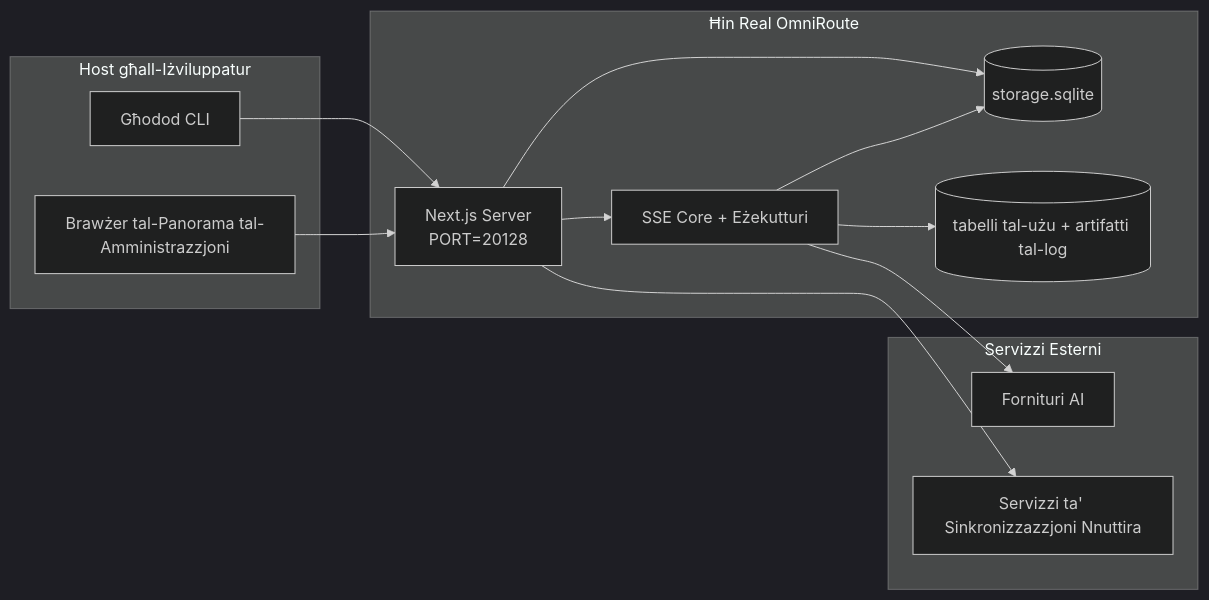
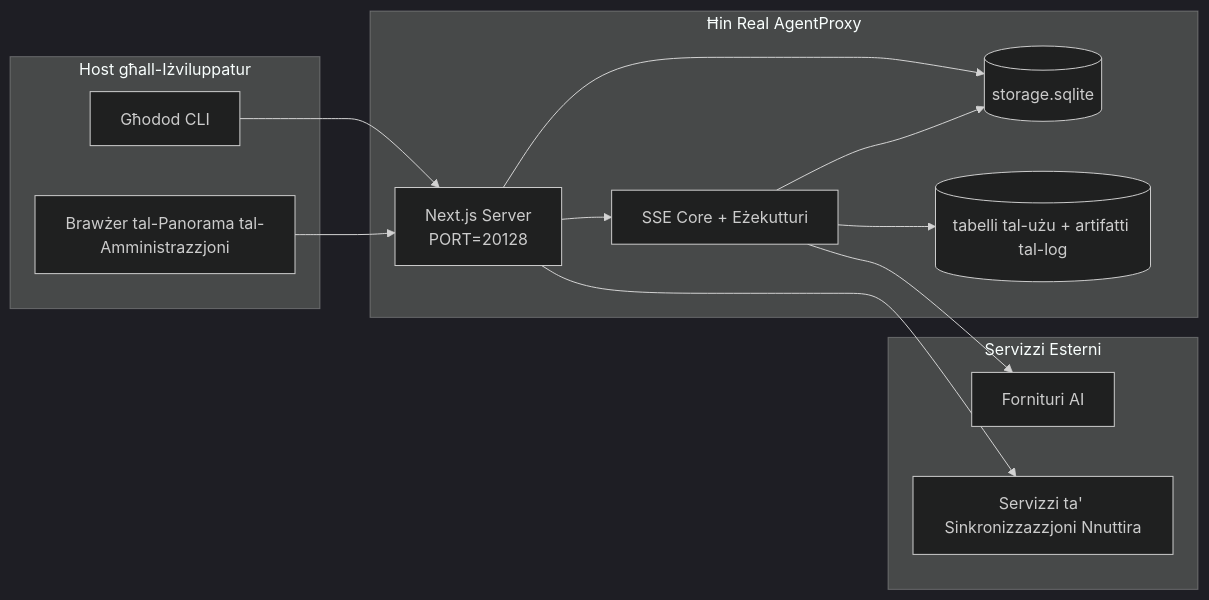
Before and after one commit to khanhkit/AgentProxy: the seventh of 7 diagrams in docs/i18n/mt/docs/architecture/ARCHITECTURE.md, drawn with Mermaid (dark theme). The commit also changed other lines of this file and 6043 other files, not shown here.

Commit message:
wip(release): checkpoint AgentProxy identity cleanup

````diff
--- a/docs/i18n/mt/docs/architecture/ARCHITECTURE.md
+++ b/docs/i18n/mt/docs/architecture/ARCHITECTURE.md
@@ -818,28 +818,28 @@
 ```mermaid
 flowchart LR
     subgraph LocalHost[Host għall-Iżviluppatur]
         CLI[Għodod CLI]
         Browser[Brawżer tal-Panorama tal-Amministrazzjoni]
     end
 
-    subgraph ContainerOrProcess[Ħin Real OmniRoute]
+    subgraph ContainerOrProcess[Ħin Real AgentProxy]
         Next[Next.js Server\nPORT=20128]
         Core[SSE Core + Eżekutturi]
         MainDB[(storage.sqlite)]
         UsageDB[(tabelli tal-użu + artifatti tal-log)]
     end
 
     subgraph External[Servizzi Esterni]
         Providers[Fornituri AI]
         SyncCloud[Servizzi ta' Sinkronizzazzjoni Nnuttira]
     end
 
     CLI --> Next
     Browser --> Next
     Next --> Core
     Next --> MainDB
     Core --> MainDB
     Core --> UsageDB
     Core --> Providers
     Next --> SyncCloud
 ```
````
